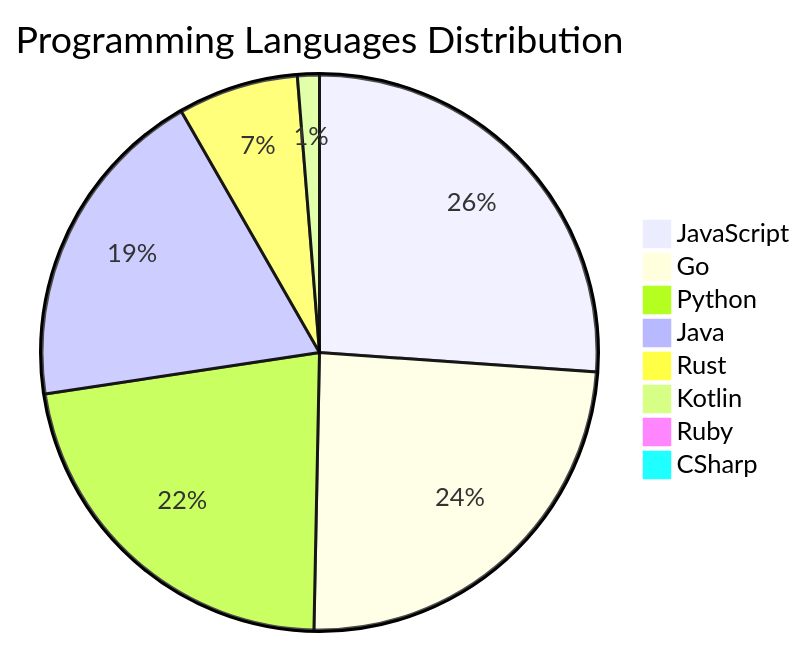
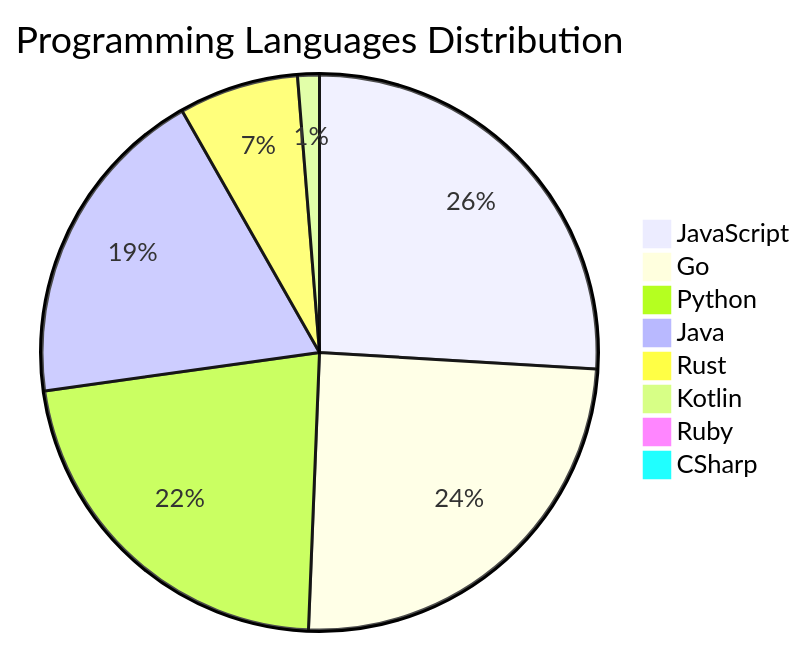
Before and after one commit to Derrick-MUGISHA/github-activity-bot: the diagram in README.md, drawn with Mermaid. The commit also changed other lines of this file and 4 other files, not shown here.

````diff
--- a/README.md
+++ b/README.md
@@ -209,11 +209,11 @@
 ```mermaid
 pie title Programming Languages Distribution
     "JavaScript" : 41
-    "Go" : 38
+    "Go" : 39
     "Python" : 35
     "Java" : 30
     "Rust" : 11
     "Kotlin" : 2
     "Ruby" : 1
     "CSharp" : 1
 ```
````
